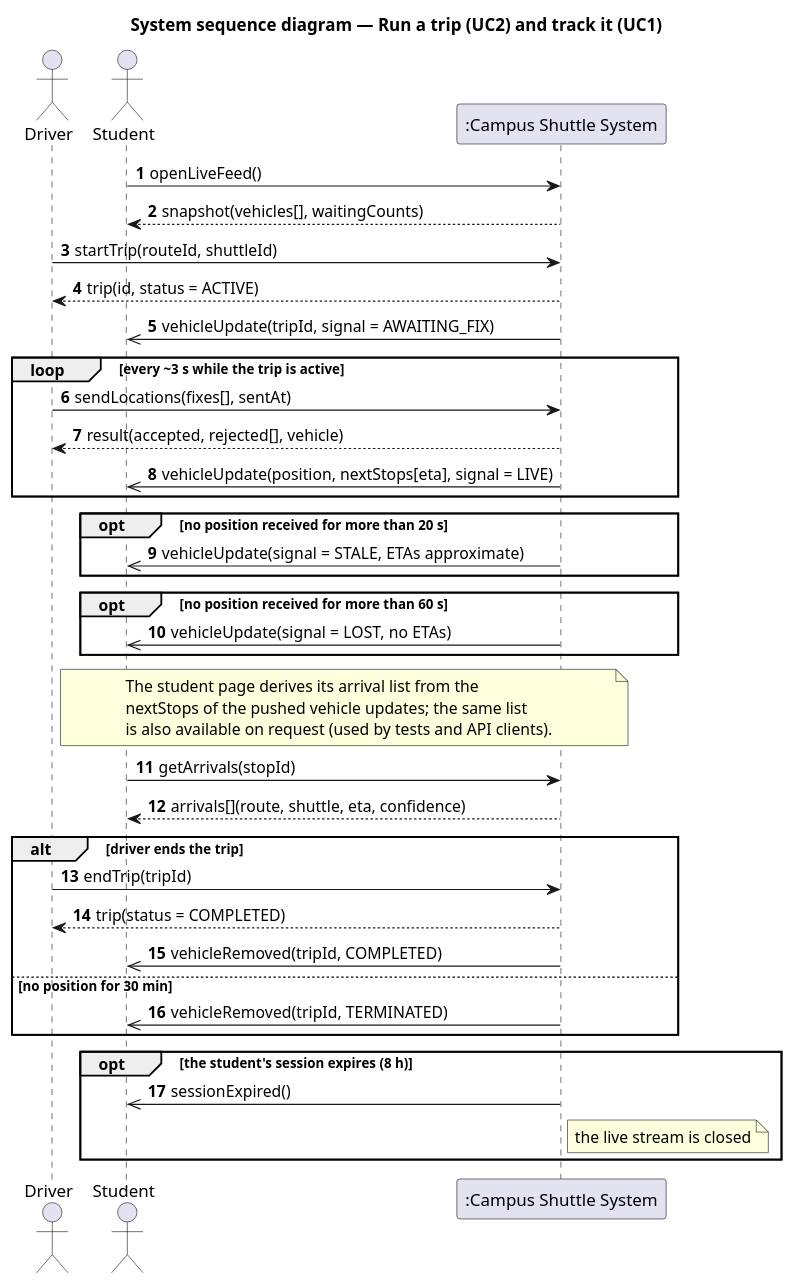
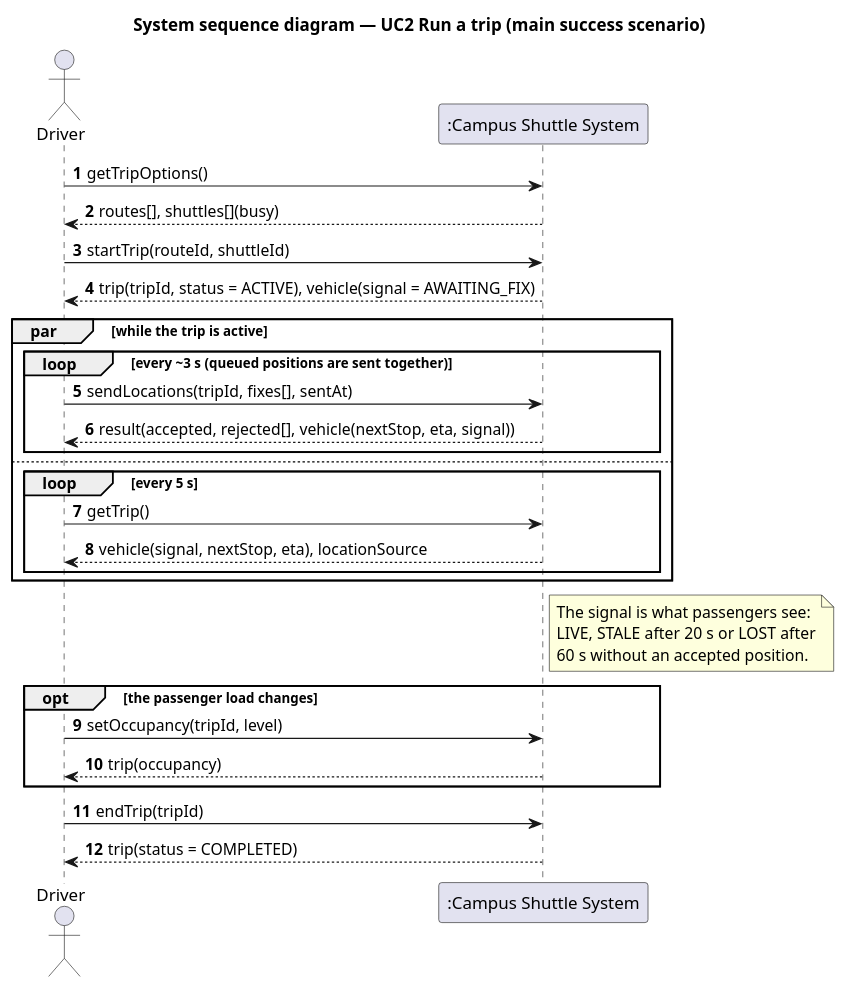
Before and after one commit to abdullahshammari796-ctrl/CampusShuttle: the diagram in docs/uml/03-system-sequence-diagram.puml, drawn with PlantUML. The commit also changed 48 other files, not shown here.

First line of the commit message:
docs: submission pass — single-scenario SSD, readable UML set, process section, nine-slide deck

```diff
--- a/docs/uml/03-system-sequence-diagram.puml
+++ b/docs/uml/03-system-sequence-diagram.puml
@@ -1,50 +1,41 @@
 @startuml 03-system-sequence-diagram
 skinparam shadowing false
 skinparam defaultFontName Arial
 skinparam sequenceMessageAlign left
-title System sequence diagram — Run a trip (UC2) and track it (UC1)
+title System sequence diagram — UC2 Run a trip (main success scenario)
 autonumber
 
 actor Driver
-actor Student
 participant ":Campus Shuttle System" as System
 
-Student -> System : openLiveFeed()
-System --> Student : snapshot(vehicles[], waitingCounts)
+Driver -> System : getTripOptions()
+System --> Driver : routes[], shuttles[](busy)
 Driver -> System : startTrip(routeId, shuttleId)
-System --> Driver : trip(id, status = ACTIVE)
-System ->> Student : vehicleUpdate(tripId, signal = AWAITING_FIX)
+System --> Driver : trip(tripId, status = ACTIVE), vehicle(signal = AWAITING_FIX)
 
-loop every ~3 s while the trip is active
-  Driver -> System : sendLocations(fixes[], sentAt)
-  System --> Driver : result(accepted, rejected[], vehicle)
-  System ->> Student : vehicleUpdate(position, nextStops[eta], signal = LIVE)
+par while the trip is active
+  loop every ~3 s (queued positions are sent together)
+    Driver -> System : sendLocations(tripId, fixes[], sentAt)
+    System --> Driver : result(accepted, rejected[], vehicle(nextStop, eta, signal))
+  end
+else
+  loop every 5 s
+    Driver -> System : getTrip()
+    System --> Driver : vehicle(signal, nextStop, eta), locationSource
+  end
 end
 
-opt no position received for more than 20 s
-  System ->> Student : vehicleUpdate(signal = STALE, ETAs approximate)
-end
-opt no position received for more than 60 s
-  System ->> Student : vehicleUpdate(signal = LOST, no ETAs)
+note right of System
+  The signal is what passengers see:
+  LIVE, STALE after 20 s or LOST after
+  60 s without an accepted position.
+end note
+
+opt the passenger load changes
+  Driver -> System : setOccupancy(tripId, level)
+  System --> Driver : trip(occupancy)
 end
 
-note over Student, System
-  The student page derives its arrival list from the
-  nextStops of the pushed vehicle updates; the same list
-  is also available on request (used by tests and API clients).
-end note
-Student -> System : getArrivals(stopId)
-System --> Student : arrivals[](route, shuttle, eta, confidence)
-
-alt driver ends the trip
-  Driver -> System : endTrip(tripId)
-  System --> Driver : trip(status = COMPLETED)
-  System ->> Student : vehicleRemoved(tripId, COMPLETED)
-else no position for 30 min
-  System ->> Student : vehicleRemoved(tripId, TERMINATED)
-end
-opt the student's session expires (8 h)
-  System ->> Student : sessionExpired()
-  note right of System : the live stream is closed
-end
+Driver -> System : endTrip(tripId)
+System --> Driver : trip(status = COMPLETED)
 @enduml
```
